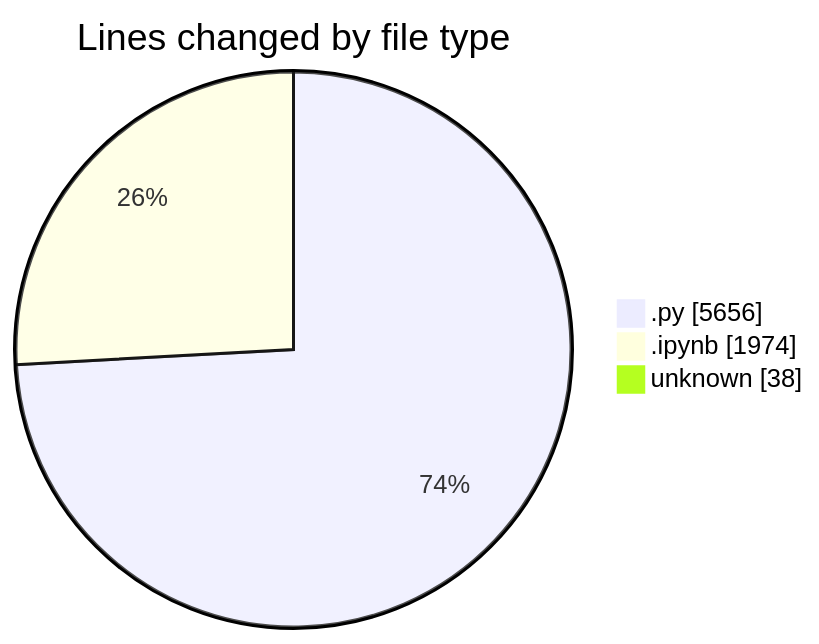
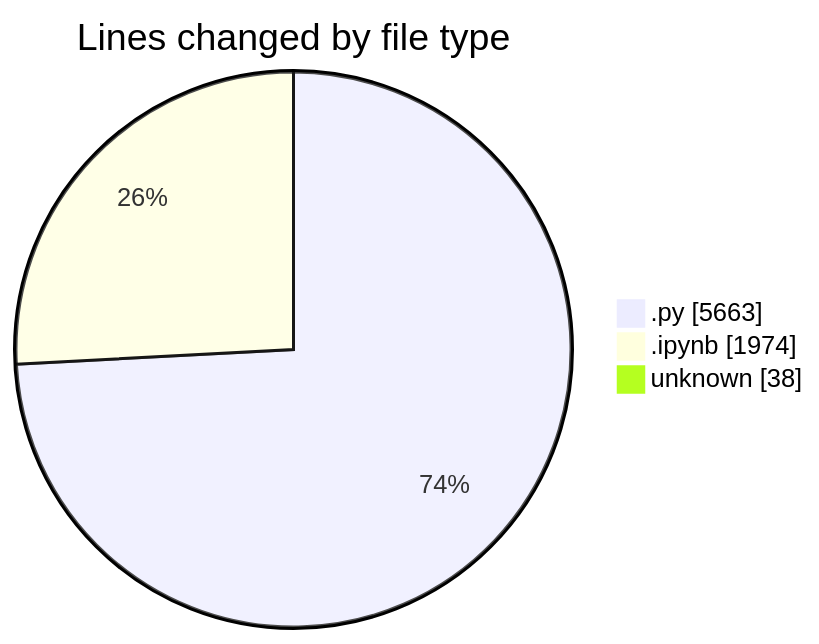
Before and after one commit to MatusMokan/code-tracking: the first of 2 diagrams in 2025-03-21/myws__workspace_/README.md, drawn with Mermaid. The commit also changed other lines of this file and 1 other file, not shown here.

````diff
--- a/2025-03-21/myws__workspace_/README.md
+++ b/2025-03-21/myws__workspace_/README.md
@@ -25,7 +25,7 @@
 ```mermaid
 pie showData
 title Lines changed by file type
-".py" : 5656
+".py" : 5663
 ".ipynb" : 1974
 "unknown" : 38
 ```
````
